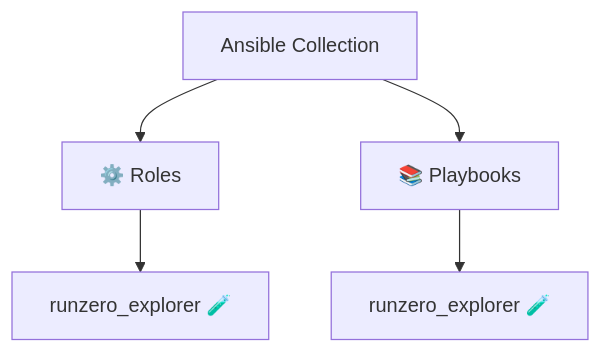
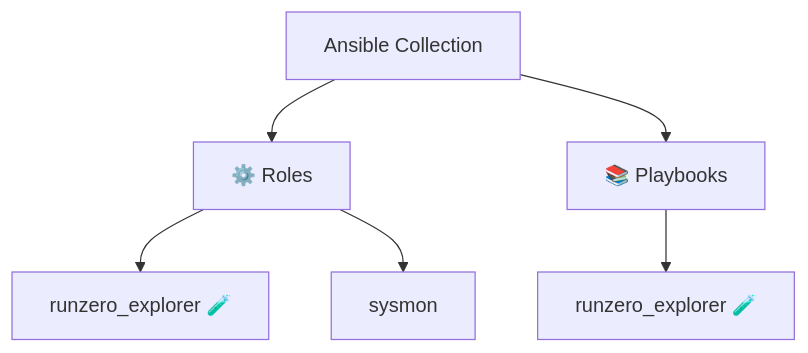
The diagram in README.md (l50/ansible-collection-bulwark), drawn with Mermaid before and after one commit. The commit also changed other lines of this file and 6 other files, not shown here.

````diff
--- a/README.md
+++ b/README.md
@@ -14,8 +14,9 @@
 ```mermaid
 graph TD
     Collection[Ansible Collection]
     Collection --> Roles[⚙️ Roles]
     Roles --> R0[runzero_explorer 🧪]
+    Roles --> R1[sysmon]
     Collection --> Playbooks[📚 Playbooks]
     Playbooks --> PB0[runzero_explorer 🧪]
 ```
````
